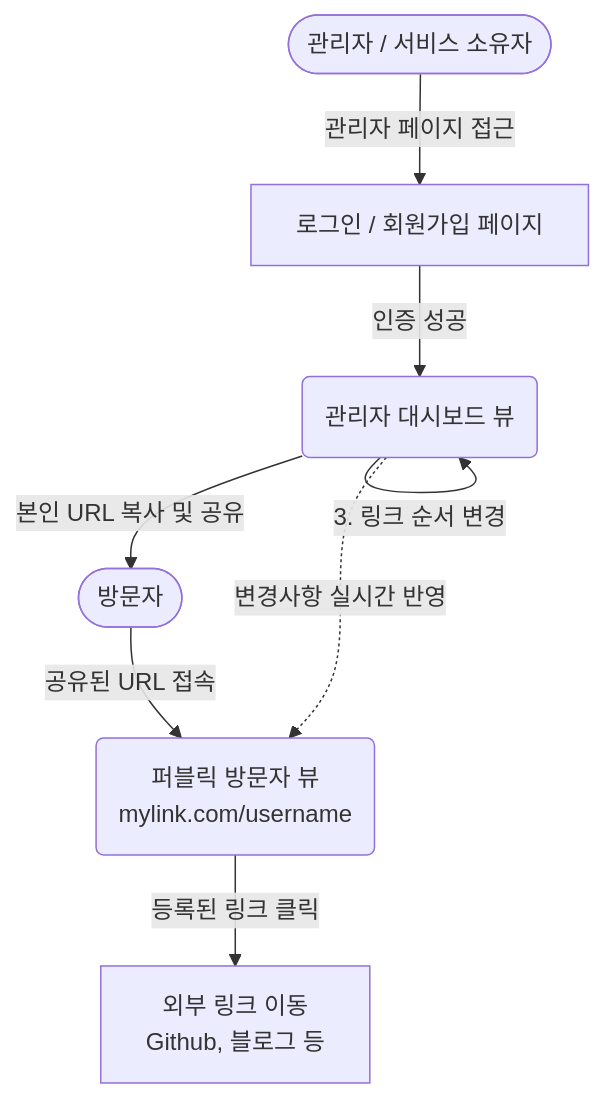
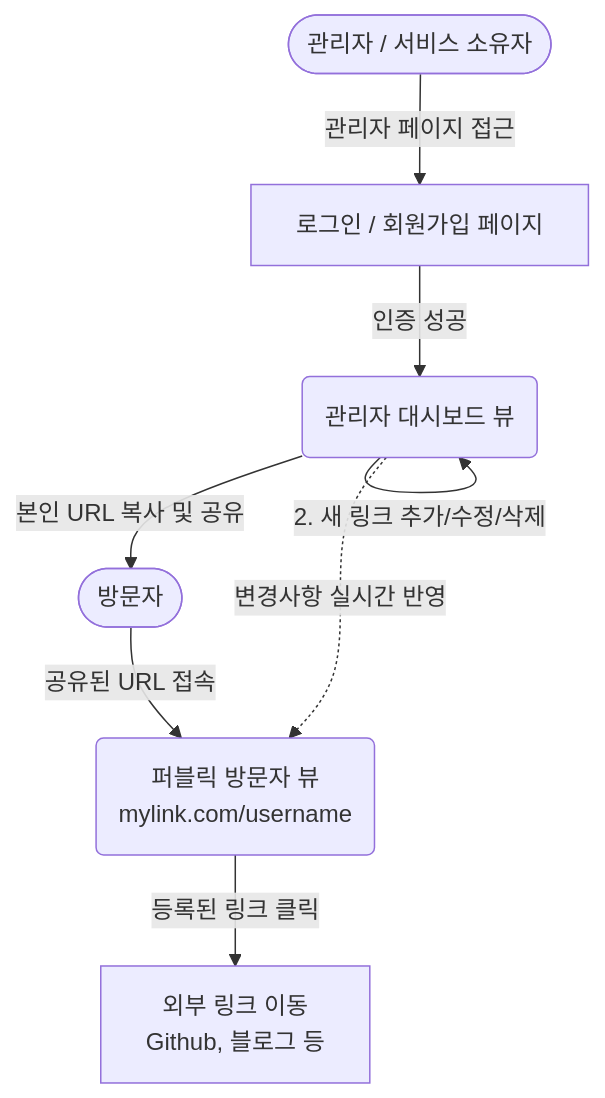
Before and after one commit to Kyoung-M1N/my-link: the diagram in docs/WIREFRAME.md, drawn with Mermaid. The commit also changed other lines of this file and 2 other files, not shown here.

````diff
--- a/docs/WIREFRAME.md
+++ b/docs/WIREFRAME.md
@@ -76,25 +76,24 @@
 ```mermaid
 flowchart TD
     %% 노드 정의
     Visitor([방문자])
     Owner([관리자 / 서비스 소유자])
     
     PublicView(퍼블릭 방문자 뷰<br/>mylink.com/username)
     AdminDashboard(관리자 대시보드 뷰)
     ExternalLink[외부 링크 이동<br/>Github, 블로그 등]
     Login[로그인 / 회원가입 페이지]
     
     %% 흐름 정의
     Visitor -->|공유된 URL 접속| PublicView
     PublicView -->|등록된 링크 클릭| ExternalLink
     
     Owner -->|관리자 페이지 접근| Login
     Login -->|인증 성공| AdminDashboard
     
     AdminDashboard -->|1. 프로필 정보 수정| AdminDashboard
     AdminDashboard -->|2. 새 링크 추가/수정/삭제| AdminDashboard
-    AdminDashboard -->|3. 링크 순서 변경| AdminDashboard
     
     AdminDashboard -.->|변경사항 실시간 반영| PublicView
     AdminDashboard -->|본인 URL 복사 및 공유| Visitor
 ```
````
